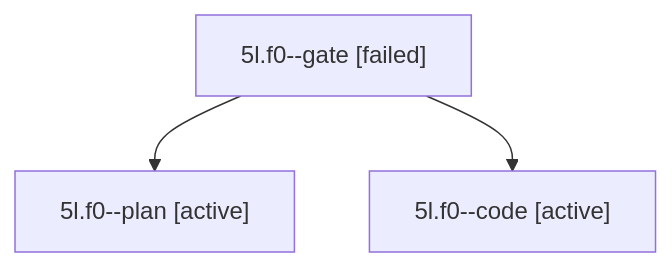
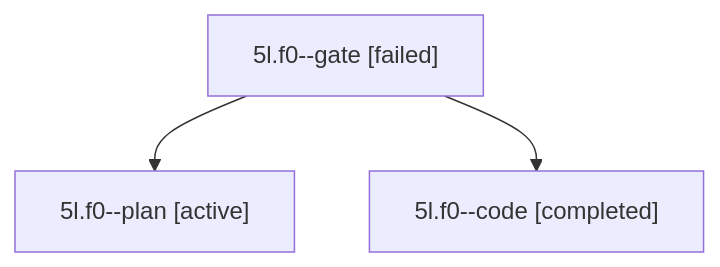
One commit to bobs-org/bob-cli--agents changed the diagram in sessions/bbugyi200.apollo.5l.f0.md. Above: the diagram before and after it, drawn with Mermaid. The commit also changed other lines of this file and 17 other files, not shown here.

````diff
--- a/sessions/bbugyi200.apollo.5l.f0.md
+++ b/sessions/bbugyi200.apollo.5l.f0.md
@@ -9,8 +9,8 @@
 ```mermaid
 flowchart TD
   n0["5l.f0--gate [failed]"]
   n1["5l.f0--plan [active]"]
   n0 --> n1
-  n2["5l.f0--code [active]"]
+  n2["5l.f0--code [completed]"]
   n0 --> n2
 ```
````
